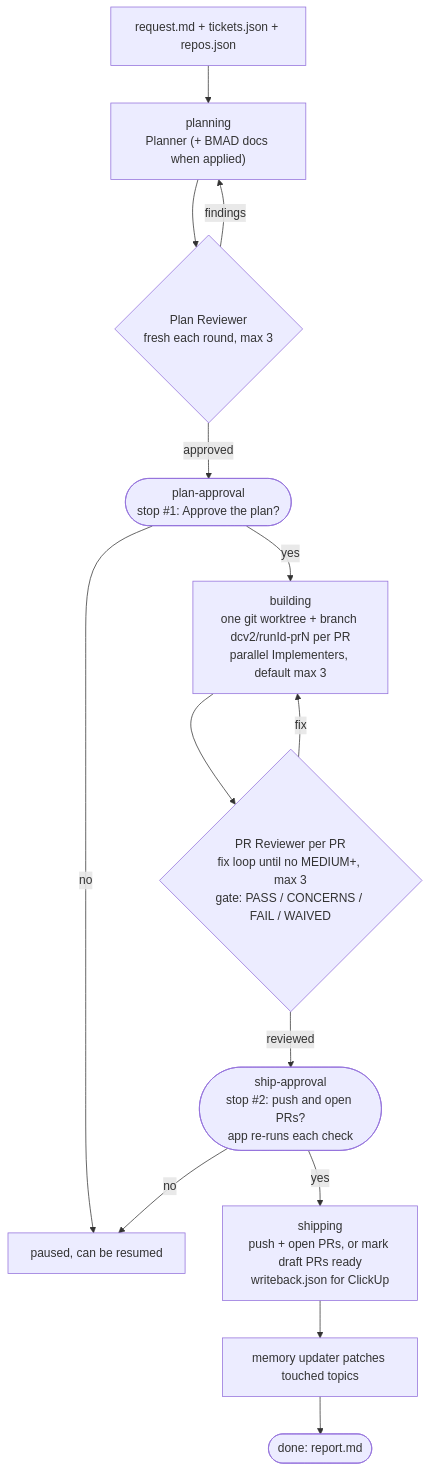
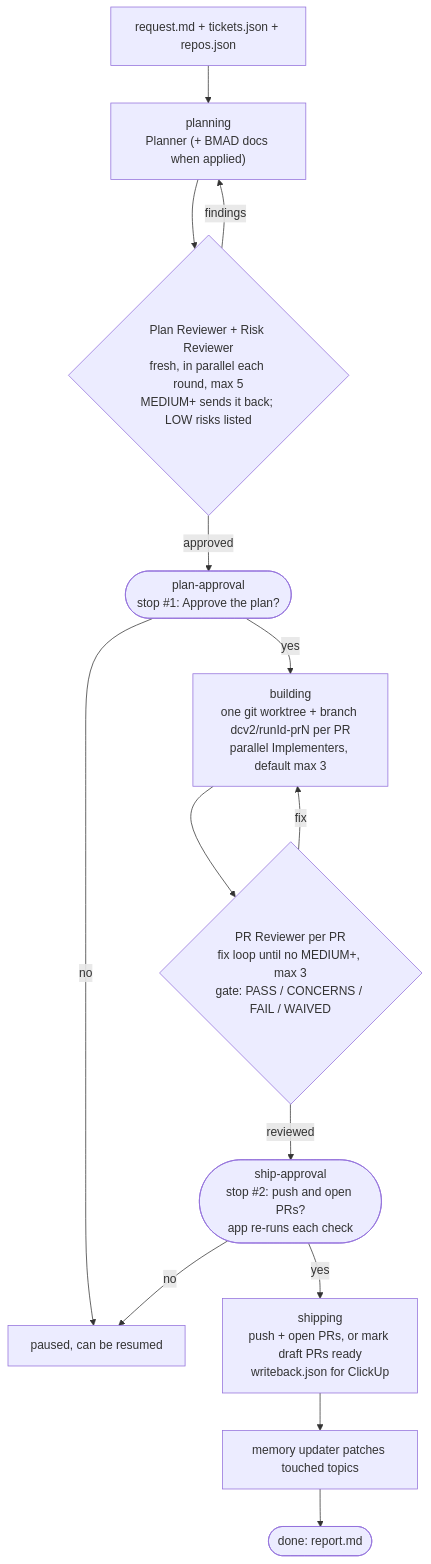
The diagram in README.md (jtfrancisco0121/DCTerminalv2), drawn with Mermaid before and after one commit. The commit also changed other lines of this file and 25 other files, not shown here.

````diff
--- a/README.md
+++ b/README.md
@@ -49,16 +50,16 @@
 ```mermaid
 flowchart TD
     A[request.md + tickets.json + repos.json] --> P["planning<br/>Planner (+ BMAD docs when applied)"]
-    P --> R{"Plan Reviewer<br/>fresh each round, max 3"}
+    P --> R{"Plan Reviewer + Risk Reviewer<br/>fresh, in parallel each round, max 5<br/>MEDIUM+ sends it back; LOW risks listed"}
     R -- findings --> P
     R -- approved --> S1(["plan-approval<br/>stop #1: Approve the plan?"])
     S1 -- no --> X[paused, can be resumed]
     S1 -- yes --> B["building<br/>one git worktree + branch dcv2/runId-prN per PR<br/>parallel Implementers, default max 3"]
     B --> V{"PR Reviewer per PR<br/>fix loop until no MEDIUM+, max 3<br/>gate: PASS / CONCERNS / FAIL / WAIVED"}
     V -- fix --> B
     V -- reviewed --> S2(["ship-approval<br/>stop #2: push and open PRs?<br/>app re-runs each check"])
     S2 -- no --> X
     S2 -- yes --> SH["shipping<br/>push + open PRs, or mark draft PRs ready<br/>writeback.json for ClickUp"]
     SH --> M[memory updater patches touched topics]
     M --> D([done: report.md])
 ```
````
